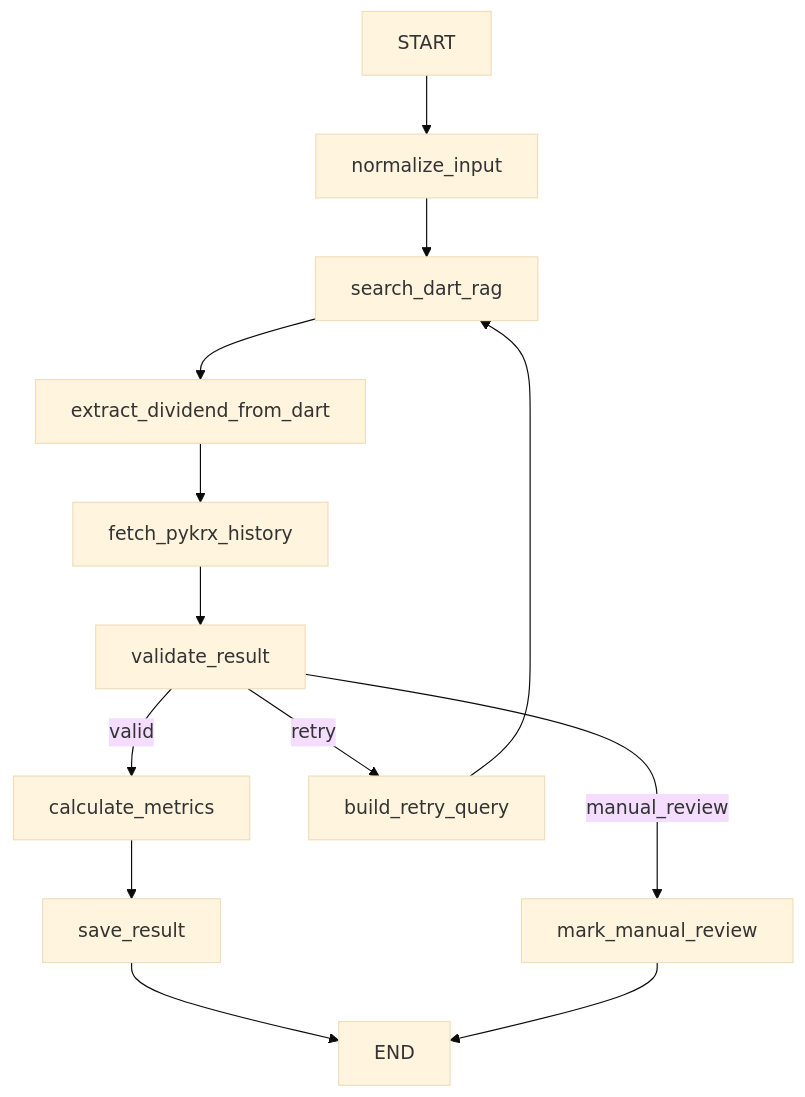
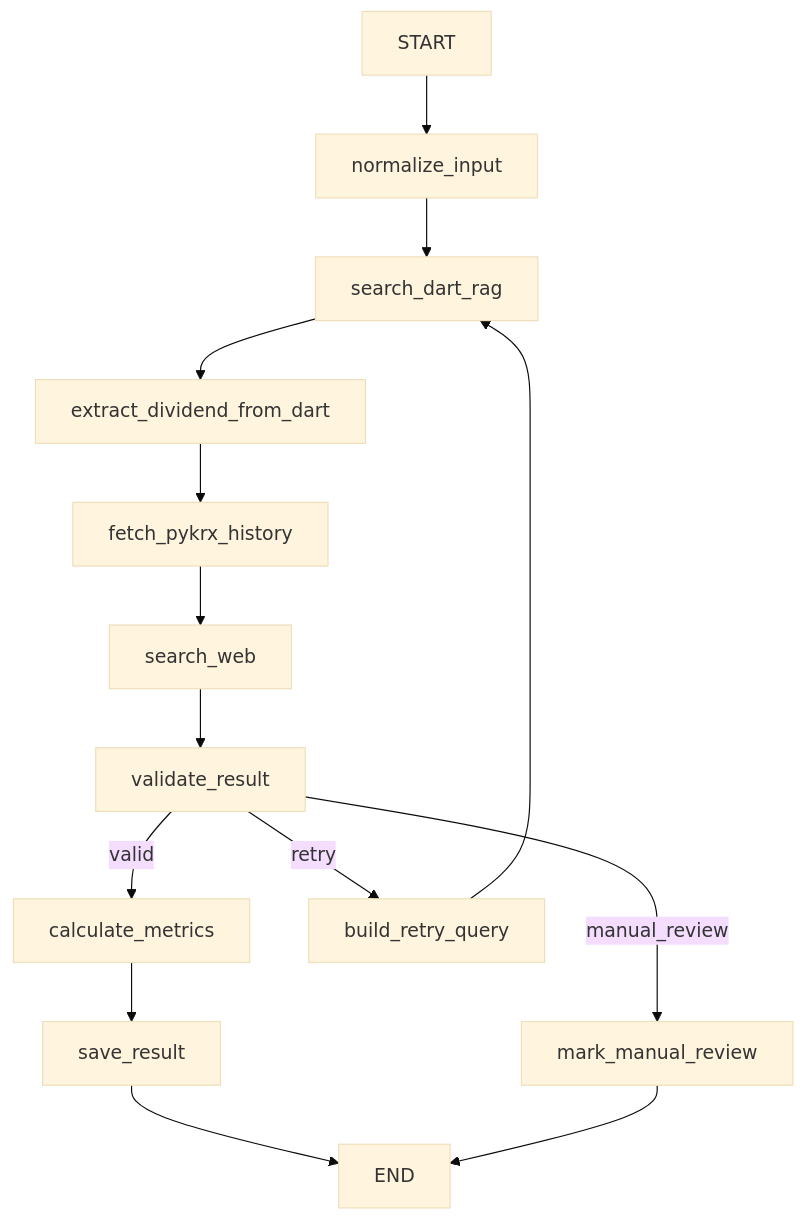
One commit to zoofighter/kr-dividend-agent changed the diagram in docs/requirements.md. Above: the diagram before and after it, drawn with Mermaid (base theme). The commit also changed other lines of this file and 8 other files, not shown here.

Commit message:
docs: add architectural diagrams and documentation for project tools, nodes, and requirements

````diff
--- a/docs/requirements.md
+++ b/docs/requirements.md
@@ -117,15 +118,16 @@
 ```mermaid
 graph TD
     A[START] --> B[normalize_input]
     B --> C[search_dart_rag]
     C --> D[extract_dividend_from_dart]
     D --> E[fetch_pykrx_history]
-    E --> F[validate_result]
+    E --> W[search_web]
+    W --> F[validate_result]
     F -->|valid| G[calculate_metrics]
     G --> H[save_result]
     H --> I[END]
     F -->|retry| J[build_retry_query]
     J --> C
     F -->|manual_review| K[mark_manual_review]
     K --> I
 ```
````
